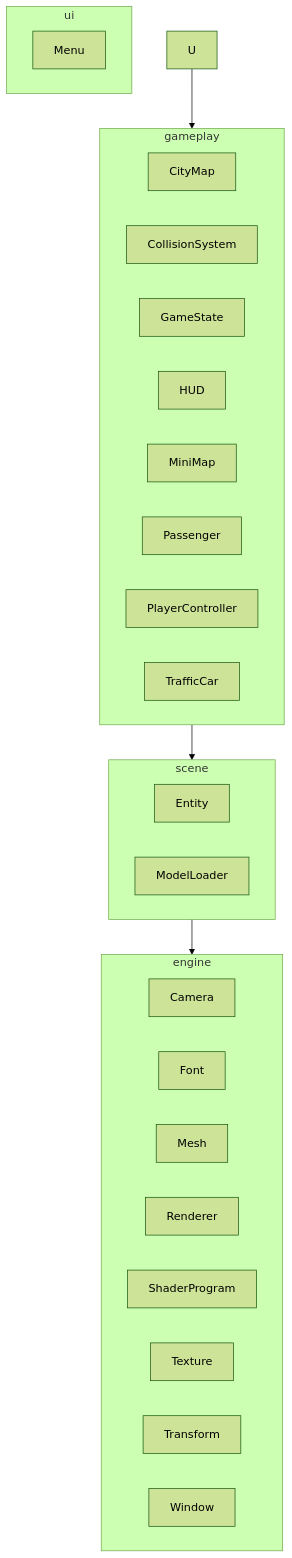
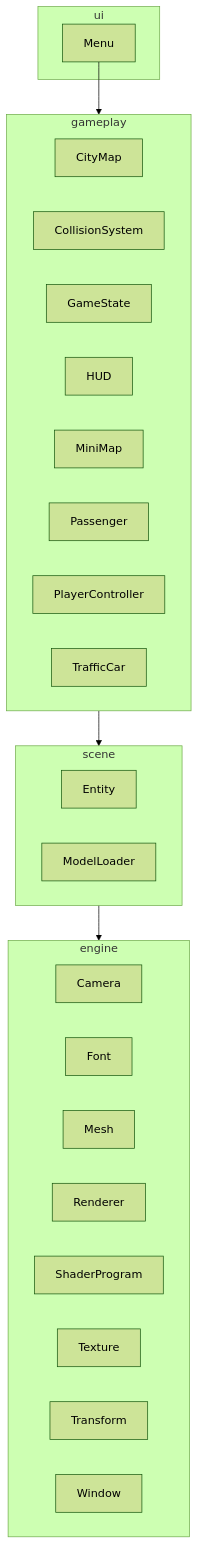
The first of 4 diagrams in README.md (PSLSbb/gamegame), drawn with Mermaid (forest theme) before and after one commit. The commit also changed other lines of this file, not shown here.

````diff
--- a/README.md
+++ b/README.md
@@ -149,37 +153,37 @@
 ```mermaid
 graph TD
     subgraph ui
         Menu
     end
     subgraph gameplay
         CityMap
         CollisionSystem
         GameState
         HUD
         MiniMap
         Passenger
         PlayerController
         TrafficCar
     end
     subgraph scene
         Entity
         ModelLoader
     end
     subgraph engine
         Camera
         Font
         Mesh
         Renderer
         ShaderProgram
         Texture
         Transform
         Window
     end
-    U --> gameplay
+    Menu --> gameplay
     gameplay --> scene
     scene --> engine
 
-    click U "src/main/java/game/ui/Menu.java"
+    click Menu "src/main/java/game/ui/Menu.java"
     click HUD "src/main/java/game/gameplay/HUD.java"
     click Renderer "src/main/java/game/engine/Renderer.java"
 ```
````
